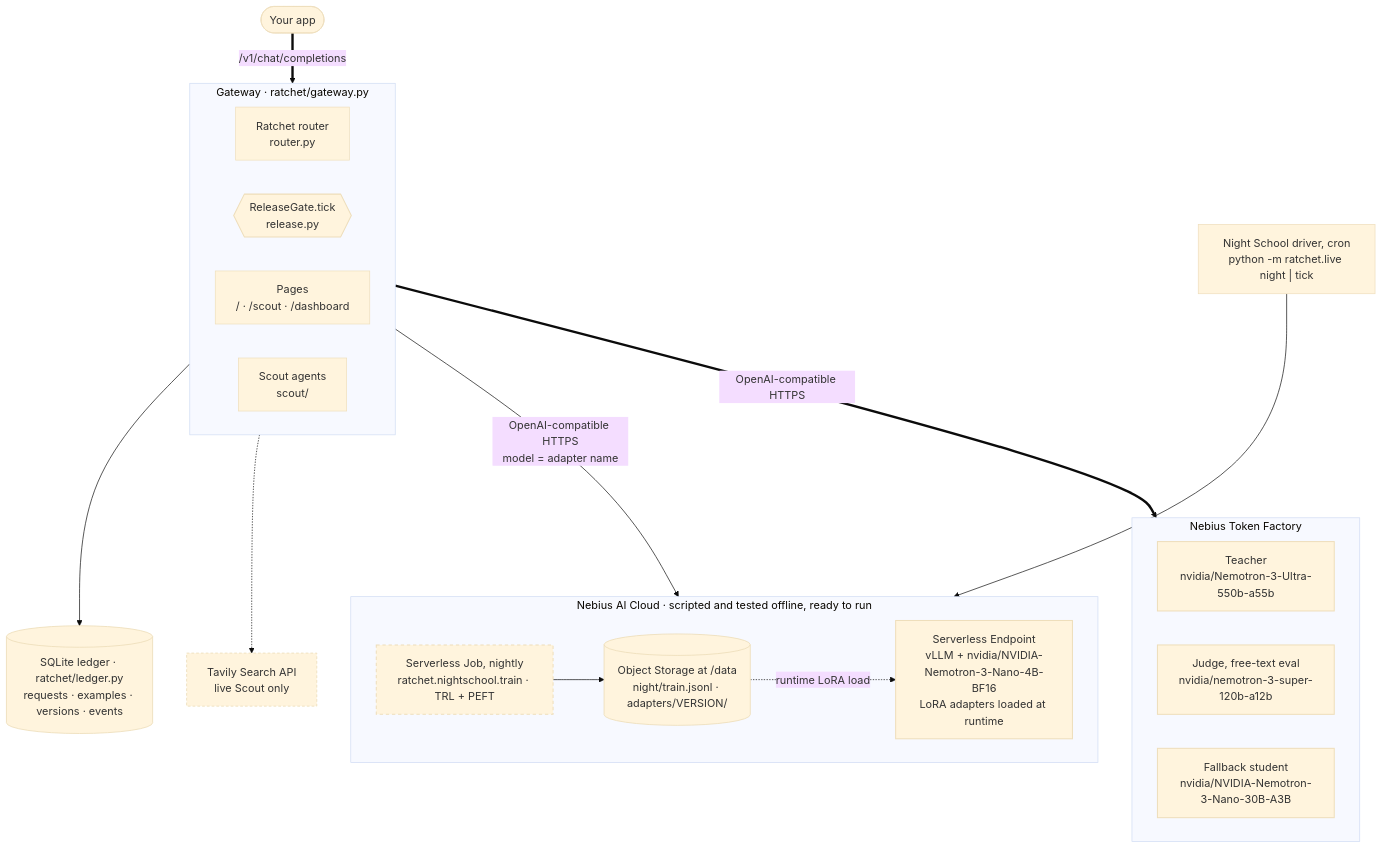
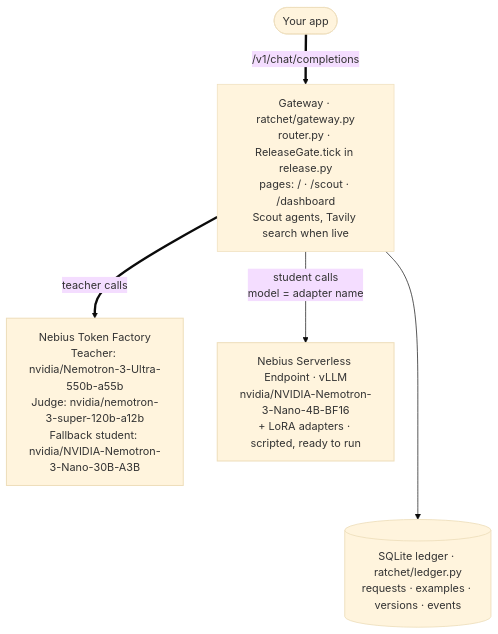
The first of 8 diagrams in docs/ARCHITECTURE.md (harshbhx/ratchet), drawn with Mermaid (base theme) before and after one commit. The commit also changed other lines of this file and 3 other files, not shown here.

Commit message:
Architecture: two narrower component diagrams (#83)

````diff
--- a/docs/ARCHITECTURE.md
+++ b/docs/ARCHITECTURE.md
@@ -15,55 +15,16 @@
 ```mermaid
 flowchart TB
-  app(["Your app"])
+  app(["Your app"]) ==>|"/v1/chat/completions"| gw["Gateway · ratchet/gateway.py<br/>router.py · ReleaseGate.tick in release.py<br/>pages: / · /scout · /dashboard<br/>Scout agents, Tavily search when live"]
+  gw ==>|"teacher calls"| tf["Nebius Token Factory<br/>Teacher: nvidia/Nemotron-3-Ultra-550b-a55b<br/>Judge: nvidia/nemotron-3-super-120b-a12b<br/>Fallback student: nvidia/NVIDIA-Nemotron-3-Nano-30B-A3B"]
+  gw -->|"student calls<br/>model = adapter name"| endpoint["Nebius Serverless Endpoint · vLLM<br/>nvidia/NVIDIA-Nemotron-3-Nano-4B-BF16<br/>+ LoRA adapters · scripted, ready to run"]
+  gw ---> ledger[("SQLite ledger · ratchet/ledger.py<br/>requests · examples · versions · events")]
 
-  subgraph tf["Nebius Token Factory"]
-    direction LR
-    teacher["Teacher<br/>nvidia/Nemotron-3-Ultra-550b-a55b"]
-    judge["Judge, free-text eval<br/>nvidia/nemotron-3-super-120b-a12b"]
-    fallback["Fallback student<br/>nvidia/NVIDIA-Nemotron-3-Nano-30B-A3B"]
-  end
-
-  subgraph gw["Gateway · ratchet/gateway.py"]
-    direction LR
-    router["Ratchet router<br/>router.py"]
-    gate{{"ReleaseGate.tick<br/>release.py"}}
-    pages["Pages<br/>/ · /scout · /dashboard"]
-    scout["Scout agents<br/>scout/"]
-  end
-
-  ledger[("SQLite ledger · ratchet/ledger.py<br/>requests · examples · versions · events")]
-  tavily["Tavily Search API<br/>live Scout only"]
-
-  subgraph cloud["Nebius AI Cloud · scripted and tested offline, ready to run"]
-    direction LR
-    endpoint["Serverless Endpoint<br/>vLLM + nvidia/NVIDIA-Nemotron-3-Nano-4B-BF16<br/>LoRA adapters loaded at runtime"]
-    job["Serverless Job, nightly<br/>ratchet.nightschool.train · TRL + PEFT"]
-    bucket[("Object Storage at /data<br/>night/train.jsonl · adapters/VERSION/")]
-  end
-
-  driver["Night School driver, cron<br/>python -m ratchet.live night | tick"]
-
-  app ==>|"/v1/chat/completions"| router
-  router ==>|"OpenAI-compatible HTTPS"| teacher
-  router -->|"OpenAI-compatible HTTPS<br/>model = adapter name"| endpoint
-  router --> ledger
-  scout -.-> tavily
-  driver --> job
-  job --> bucket
-  bucket -.->|"runtime LoRA load"| endpoint
-
-  class teacher,judge,fallback teacher
+  class tf teacher
   class endpoint student
-  class job pending
-  class ledger,bucket store
-  class gate gate
-  class tavily outline
-  class tf teacherZone
-  class cloud pendingZone
+  class ledger store
   classDef student stroke-width:1.5px
   classDef teacher stroke-width:1.5px
   classDef store stroke-width:1.25px
-  classDef gate stroke-width:1.5px
   classDef pending stroke-width:1.5px,stroke-dasharray:5 4
   classDef outline stroke-width:1.25px,stroke-dasharray:4 3
 ```
````
